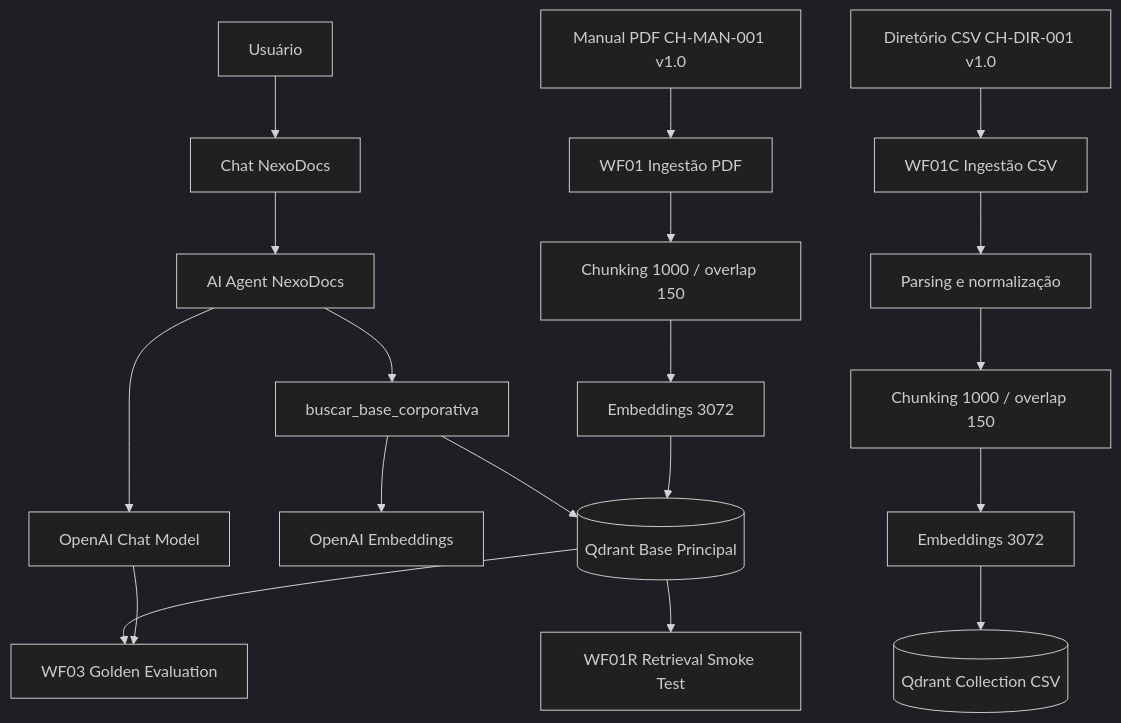
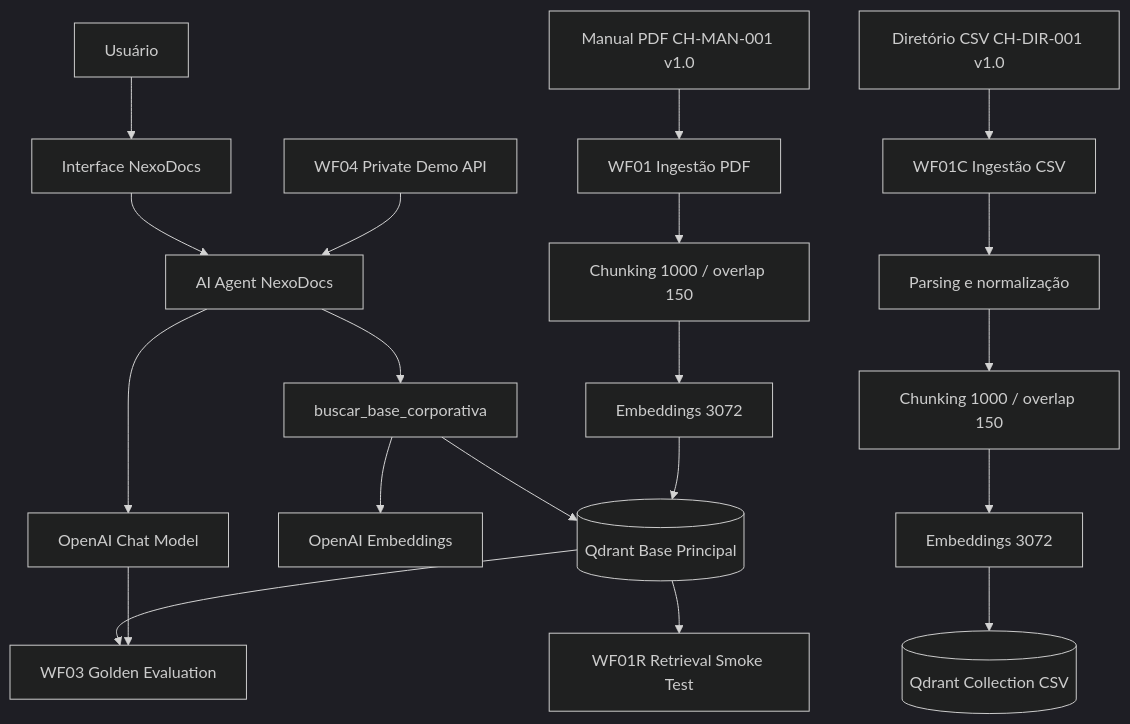
Before and after one commit to JPBorellii/nexodocs-alura-agent: the first of 2 diagrams in README.md, drawn with Mermaid (dark theme). The commit also changed other lines of this file, not shown here.

Commit message:
docs: finalize challenge architecture and demo documentation

````diff
--- a/README.md
+++ b/README.md
@@ -43,24 +129,28 @@
 ```mermaid
 flowchart TD
-    U[Usuário] --> CHAT[Chat NexoDocs]
+    U[Usuário] --> CHAT[Interface NexoDocs]
     CHAT --> AGENT[AI Agent NexoDocs]
+
     AGENT --> LLM[OpenAI Chat Model]
     AGENT --> TOOL[buscar_base_corporativa]
+
     TOOL --> EMBQ[OpenAI Embeddings]
     TOOL --> QMAIN[(Qdrant Base Principal)]
 
     PDF[Manual PDF CH-MAN-001 v1.0] --> WF01[WF01 Ingestão PDF]
     WF01 --> SPLIT1[Chunking 1000 / overlap 150]
     SPLIT1 --> EMB1[Embeddings 3072]
     EMB1 --> QMAIN
 
     CSV[Diretório CSV CH-DIR-001 v1.0] --> WF01C[WF01C Ingestão CSV]
     WF01C --> PARSE[Parsing e normalização]
     PARSE --> SPLIT2[Chunking 1000 / overlap 150]
     SPLIT2 --> EMB2[Embeddings 3072]
     EMB2 --> QCSV[(Qdrant Collection CSV)]
 
     QMAIN --> WF01R[WF01R Retrieval Smoke Test]
     QMAIN --> WF03[WF03 Golden Evaluation]
     LLM --> WF03
+
+    API[WF04 Private Demo API] --> AGENT
 ```
````
